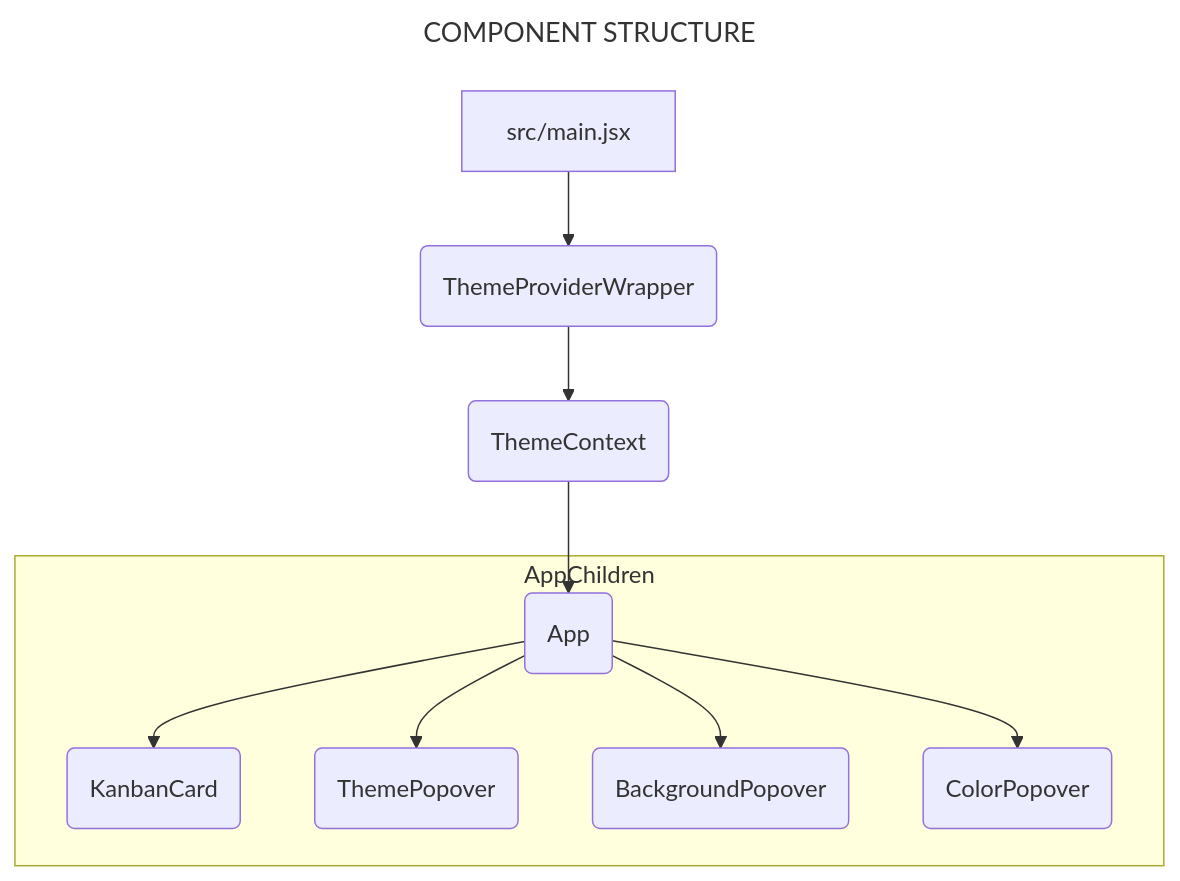
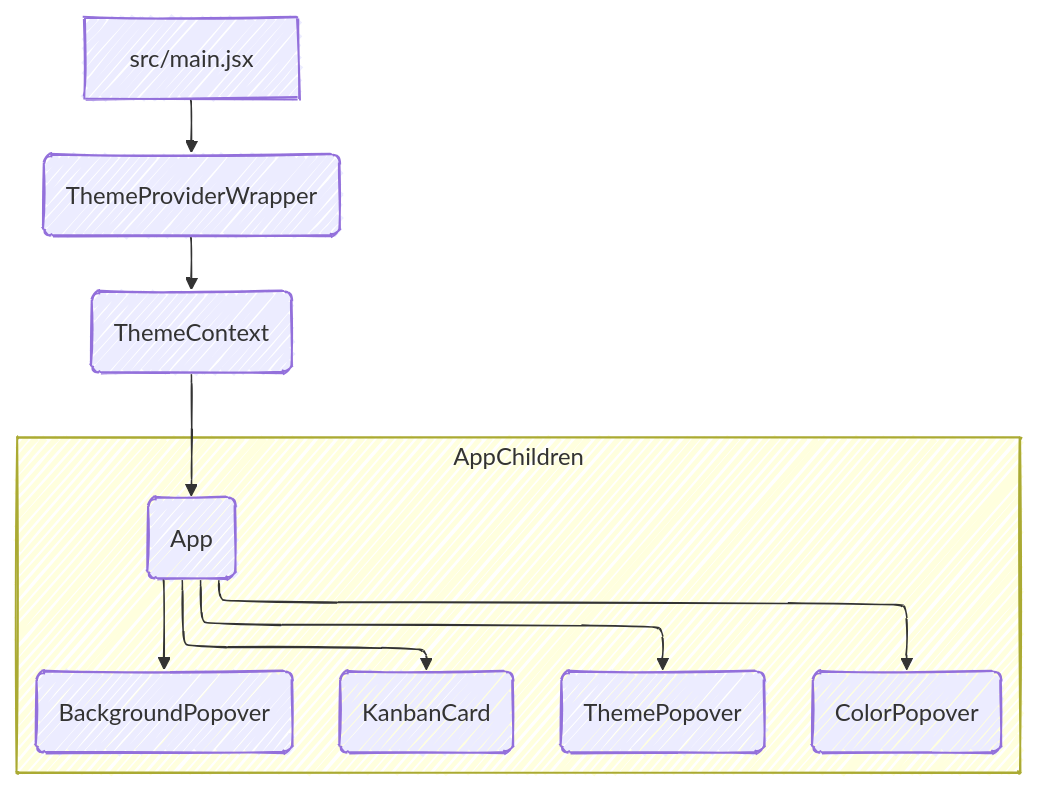
The diagram in graph TD.mmd (sahilVishnaniLog/glassmorphicDisplay), drawn with Mermaid before and after one commit. The commit also changed other lines of this file and 9 other files, not shown here.

```diff
--- a/graph TD.mmd
+++ b/graph TD.mmd
@@ -1,15 +1,18 @@
 ---
-title: COMPONENT STRUCTURE 
+config:
+  theme: default
+  layout: elk
+  look: handDrawn
 ---
-
-graph TD
-    A[src/main.jsx] --> B(ThemeProviderWrapper);
-    B --> C(ThemeContext);
-    C --> D(App);
-
-    subgraph AppChildren
-        D --> E(KanbanCard);
-        D --> F(ThemePopover);
-        D --> G(BackgroundPopover);
-        D --> H(ColorPopover);
-    end
+flowchart TB
+ subgraph AppChildren["AppChildren"]
+        E("KanbanCard")
+        D("App")
+        F("ThemePopover")
+        G("BackgroundPopover")
+        H("ColorPopover")
+  end
+    A["src/main.jsx"] --> B("ThemeProviderWrapper")
+    B --> C("ThemeContext")
+    C --> D
+    D --> E & F & G & H
```
